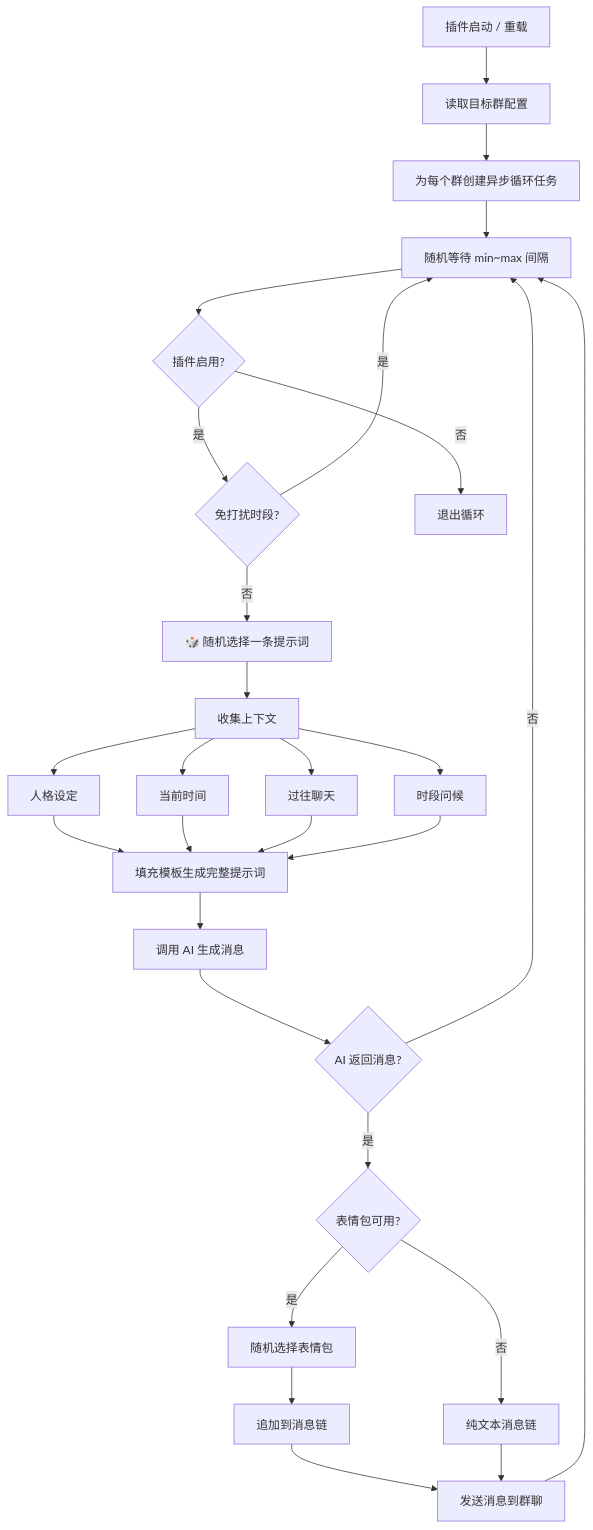
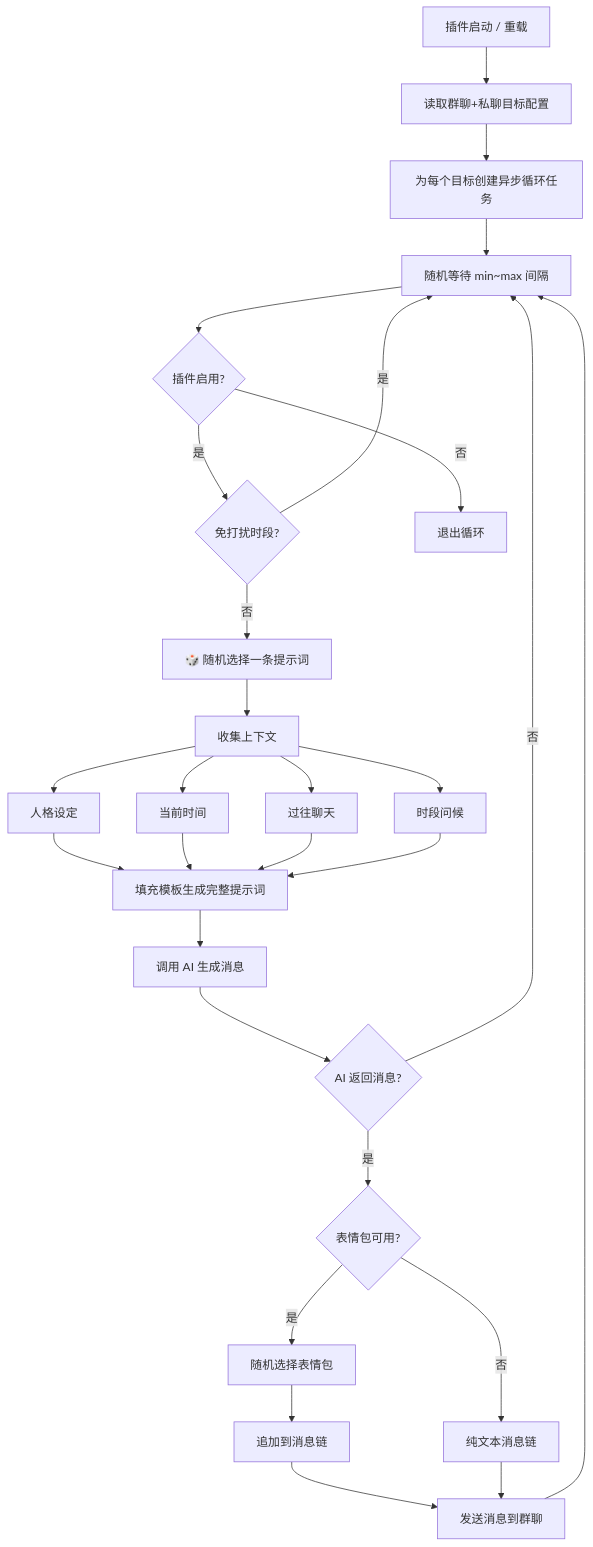
The diagram in README.md (nmb1337/astrbot_plugin_life-master), drawn with Mermaid before and after one commit. The commit also changed other lines of this file and 3 other files, not shown here.

````diff
--- a/README.md
+++ b/README.md
@@ -154,27 +159,27 @@
 ```mermaid
 flowchart TD
-    A["插件启动 / 重载"] --> B["读取目标群配置"]
-    B --> C["为每个群创建异步循环任务"]
+    A["插件启动 / 重载"] --> B["读取群聊+私聊目标配置"]
+    B --> C["为每个目标创建异步循环任务"]
     C --> D["随机等待 min~max 间隔"]
     D --> E{"插件启用?"}
     E -->|是| F{"免打扰时段?"}
     F -->|否| G["🎲 随机选择一条提示词"]
     G --> H["收集上下文"]
     H --> H1["人格设定"]
     H --> H2["当前时间"]
     H --> H3["过往聊天"]
     H --> H4["时段问候"]
     H1 & H2 & H3 & H4 --> I["填充模板生成完整提示词"]
     I --> J["调用 AI 生成消息"]
     J --> K{"AI 返回消息?"}
     K -->|是| L{"表情包可用?"}
     L -->|是| M["随机选择表情包"]
     M --> N["追加到消息链"]
     L -->|否| O["纯文本消息链"]
     N --> P["发送消息到群聊"]
     O --> P
     K -->|否| D
     P --> D
     F -->|是| D
     E -->|否| Q["退出循环"]
 ```
````
